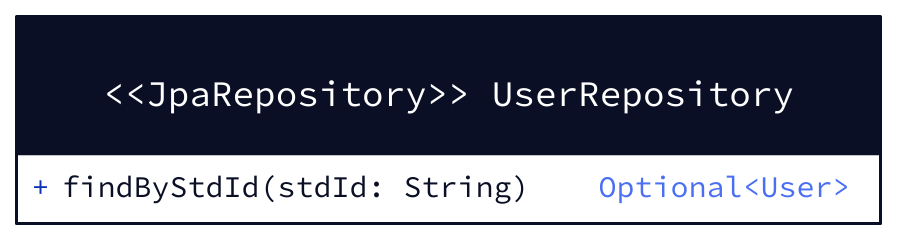
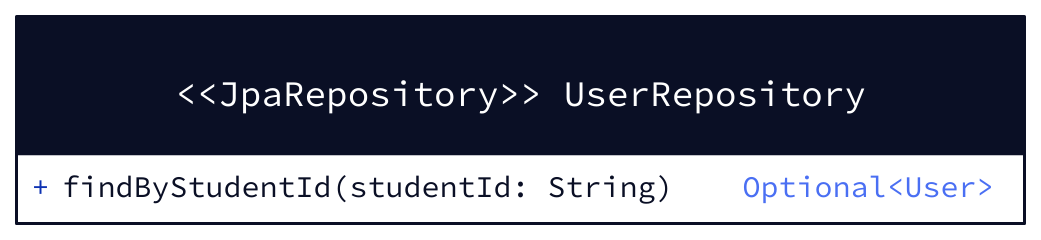
One commit to Saranwich/CS261 changed the diagram in docs/Diagrams/ClassesDiagrams/components/repositories/userRepository.d2. Above: the diagram before and after it, drawn with D2. The commit also changed 8 other files, not shown here.

Commit message:
chore(diagrams): US2 add 403 not-student branch, rename stdId to studentId

```diff
--- a/docs/Diagrams/ClassesDiagrams/components/repositories/userRepository.d2
+++ b/docs/Diagrams/ClassesDiagrams/components/repositories/userRepository.d2
@@ -1,5 +1,5 @@
 userRepository: {
   shape: class
   label: "<<JpaRepository>>\nUserRepository"
-  "+findByStdId(stdId: String)": Optional<User>
+  "+findByStudentId(studentId: String)": Optional<User>
 }
```
